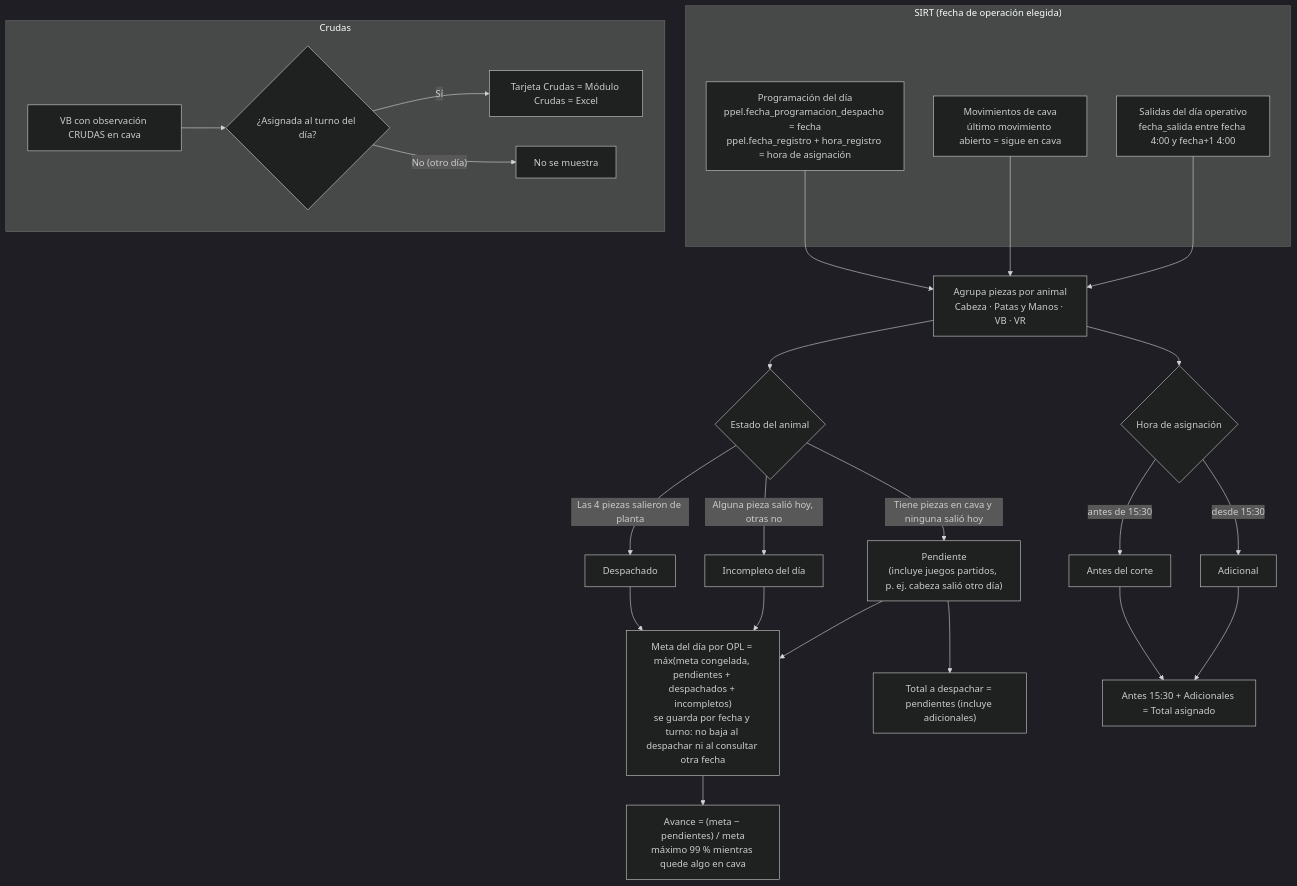
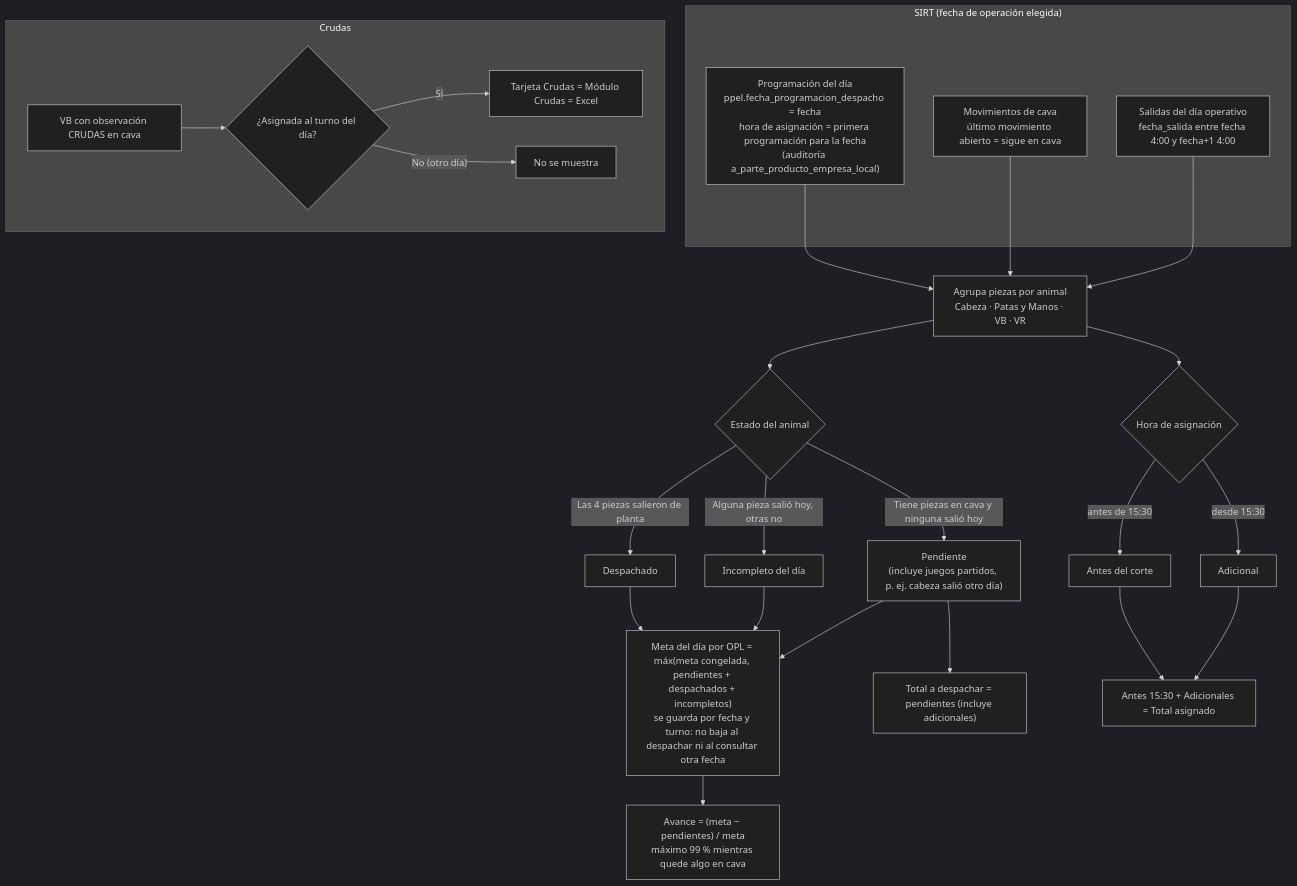
The diagram in docs/diagrams/05-calculo-progreso.md (desarrollotecnologia/Colbeef-_Gestor-de-V-sceras), drawn with Mermaid (dark theme) before and after one commit. The commit also changed other lines of this file and 6 other files, not shown here.

````diff
--- a/docs/diagrams/05-calculo-progreso.md
+++ b/docs/diagrams/05-calculo-progreso.md
@@ -7,37 +7,37 @@
 ```mermaid
 flowchart TD
   subgraph SIRT["SIRT (fecha de operación elegida)"]
-    prog["Programación del día<br/>ppel.fecha_programacion_despacho = fecha<br/>ppel.fecha_registro + hora_registro = hora de asignación"]
+    prog["Programación del día<br/>ppel.fecha_programacion_despacho = fecha<br/>hora de asignación = primera programación para la fecha<br/>(auditoría a_parte_producto_empresa_local)"]
     cava["Movimientos de cava<br/>último movimiento abierto = sigue en cava"]
     sal["Salidas del día operativo<br/>fecha_salida entre fecha 4:00 y fecha+1 4:00"]
   end
 
   prog --> anim["Agrupa piezas por animal<br/>Cabeza · Patas y Manos · VB · VR"]
   cava --> anim
   sal --> anim
 
   anim --> clas{"Estado del animal"}
   clas -->|"Las 4 piezas salieron de planta"| desp["Despachado"]
   clas -->|"Alguna pieza salió hoy, otras no"| inc["Incompleto del día"]
   clas -->|"Tiene piezas en cava y ninguna salió hoy"| pend["Pendiente<br/>(incluye juegos partidos, p. ej. cabeza salió otro día)"]
 
   anim --> hora{"Hora de asignación"}
   hora -->|"antes de 15:30"| antes["Antes del corte"]
   hora -->|"desde 15:30"| adi["Adicional"]
 
   desp --> meta
   inc --> meta
   pend --> meta
   meta["Meta del día por OPL = máx(meta congelada, pendientes + despachados + incompletos)<br/>se guarda por fecha y turno: no baja al despachar ni al consultar otra fecha"]
 
   meta --> pct["Avance = (meta − pendientes) / meta<br/>máximo 99 % mientras quede algo en cava"]
   pend --> total["Total a despachar = pendientes (incluye adicionales)"]
   antes --> linea["Antes 15:30 + Adicionales = Total asignado"]
   adi --> linea
 
   subgraph CR["Crudas"]
     vb["VB con observación CRUDAS en cava"] --> filt{"¿Asignada al turno del día?"}
     filt -->|Sí| crud["Tarjeta Crudas = Módulo Crudas = Excel"]
     filt -->|"No (otro día)"| fuera["No se muestra"]
   end
 ```
````
